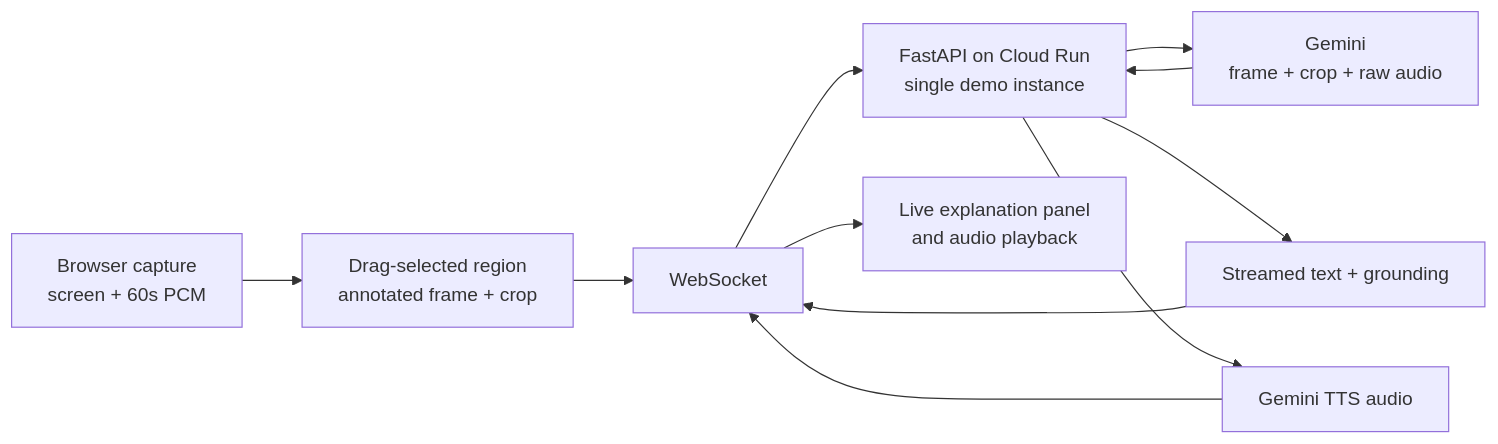
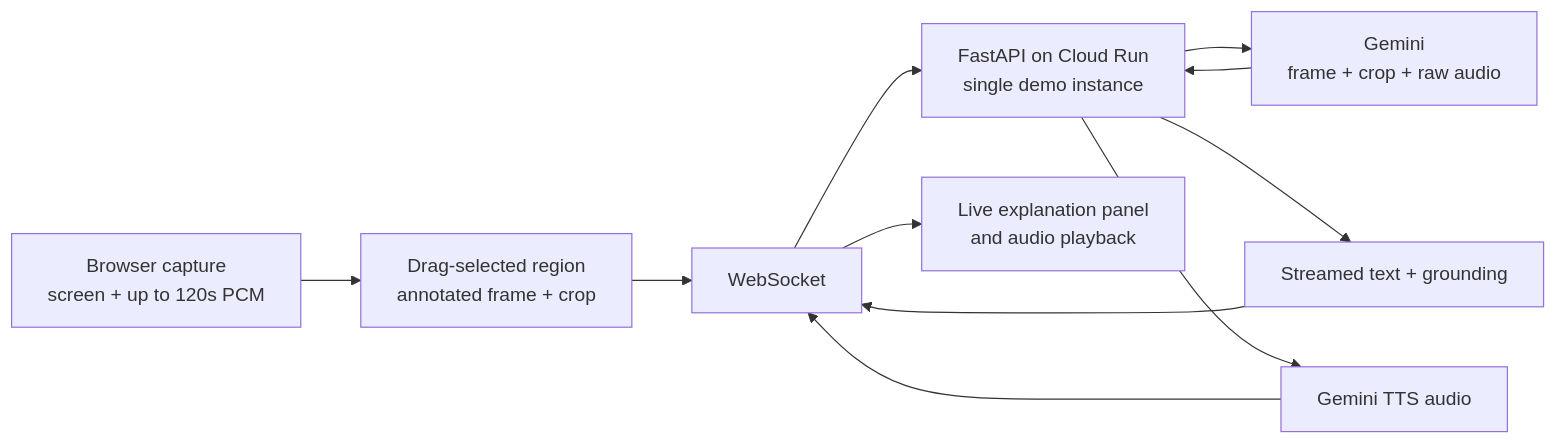
One commit to tejas-ae/glance changed the diagram in README.md. Above: the diagram before and after it, drawn with Mermaid. The commit also changed other lines of this file and 13 other files, not shown here.

````diff
--- a/README.md
+++ b/README.md
@@ -11,13 +11,13 @@
 ```mermaid
 flowchart LR
-    A["Browser capture<br/>screen + 60s PCM"] --> B["Drag-selected region<br/>annotated frame + crop"]
+    A["Browser capture<br/>screen + up to 120s PCM"] --> B["Drag-selected region<br/>annotated frame + crop"]
     B --> C["WebSocket"]
     C --> D["FastAPI on Cloud Run<br/>single demo instance"]
     D --> E["Gemini<br/>frame + crop + raw audio"]
     E --> D
     D --> F["Streamed text + grounding"]
     D --> G["Gemini TTS audio"]
     F --> C
     G --> C
     C --> H["Live explanation panel<br/>and audio playback"]
 ```
````
